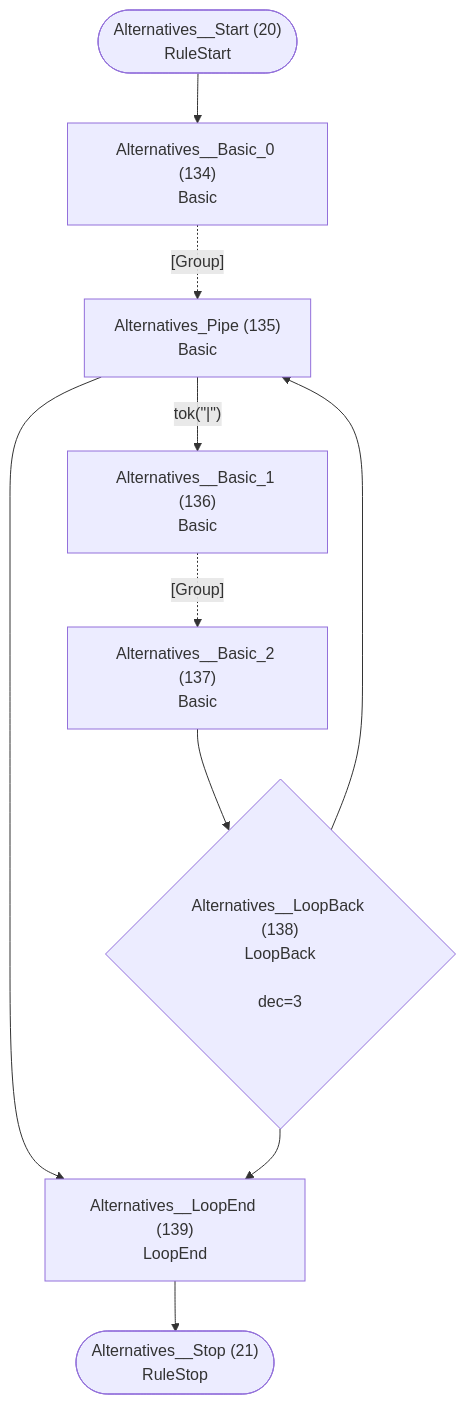
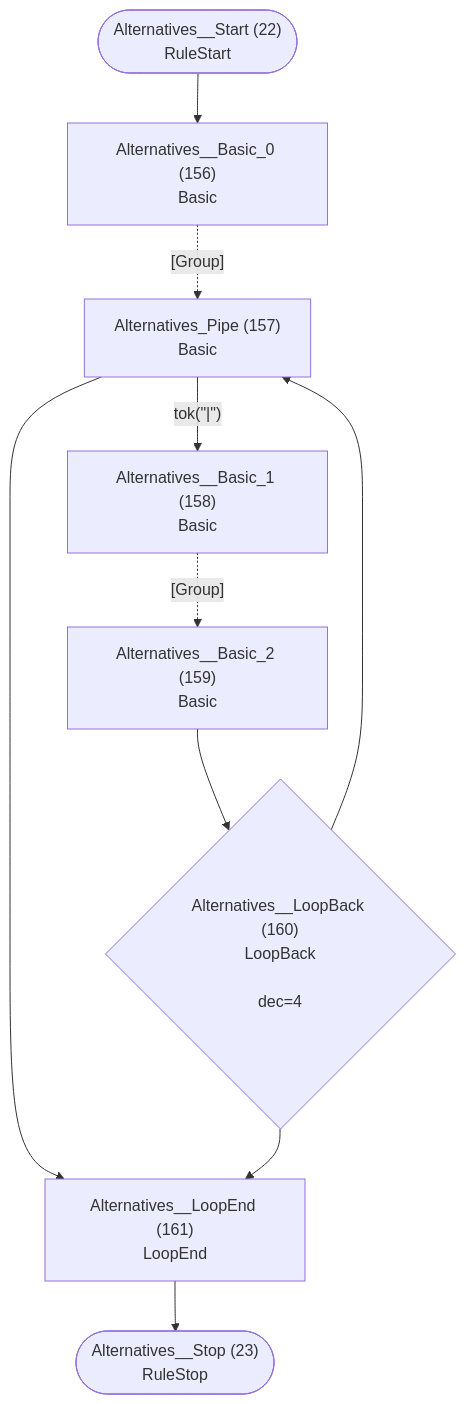
Diagram 12 of 26 in internal/grammar/atn.md (TypeFox/fastbelt), drawn with Mermaid before and after one commit. The commit also changed other lines of this file and 51 other files, not shown here.

````diff
--- a/internal/grammar/atn.md
+++ b/internal/grammar/atn.md
@@ -288,21 +342,21 @@
 ```mermaid
 flowchart TD
-    q20(["Alternatives__Start (20)<br/>RuleStart"])
-    q21(["Alternatives__Stop (21)<br/>RuleStop"])
-    q134["Alternatives__Basic_0 (134)<br/>Basic<br/>"]
-    q135["Alternatives_Pipe (135)<br/>Basic<br/>"]
-    q136["Alternatives__Basic_1 (136)<br/>Basic<br/>"]
-    q137["Alternatives__Basic_2 (137)<br/>Basic<br/>"]
-    q138{"Alternatives__LoopBack (138)<br/>LoopBack<br/><br/>dec=3"}
-    q139["Alternatives__LoopEnd (139)<br/>LoopEnd<br/>"]
+    q22(["Alternatives__Start (22)<br/>RuleStart"])
+    q23(["Alternatives__Stop (23)<br/>RuleStop"])
+    q156["Alternatives__Basic_0 (156)<br/>Basic<br/>"]
+    q157["Alternatives_Pipe (157)<br/>Basic<br/>"]
+    q158["Alternatives__Basic_1 (158)<br/>Basic<br/>"]
+    q159["Alternatives__Basic_2 (159)<br/>Basic<br/>"]
+    q160{"Alternatives__LoopBack (160)<br/>LoopBack<br/><br/>dec=4"}
+    q161["Alternatives__LoopEnd (161)<br/>LoopEnd<br/>"]
 
-    q20 --> q134
-    q134 -.->|"[Group]"| q135
-    q135 -->|"tok(&quot;|&quot;)"| q136
-    q135 --> q139
-    q136 -.->|"[Group]"| q137
-    q137 --> q138
-    q138 --> q135
-    q138 --> q139
-    q139 --> q21
+    q22 --> q156
+    q156 -.->|"[Group]"| q157
+    q157 -->|"tok(&quot;|&quot;)"| q158
+    q157 --> q161
+    q158 -.->|"[Group]"| q159
+    q159 --> q160
+    q160 --> q157
+    q160 --> q161
+    q161 --> q23
 ```
````
